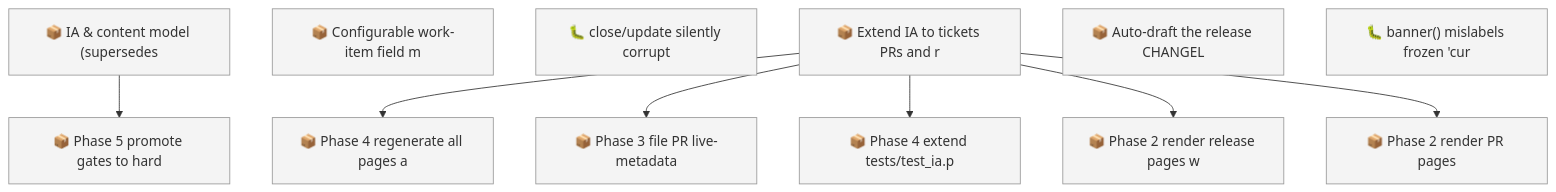
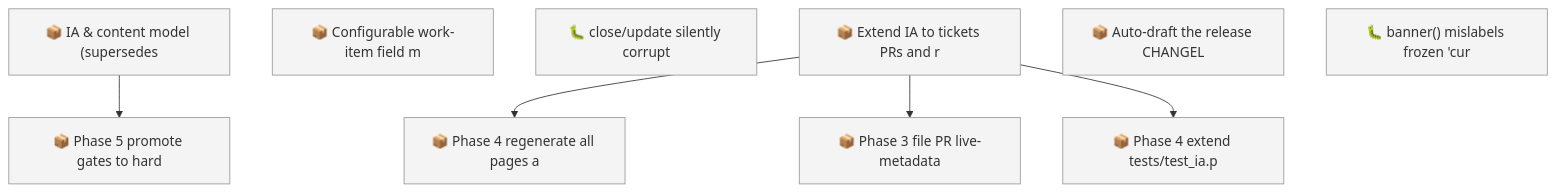
One commit to SpillwaveSolutions/wiki_ticket_sdd changed the first of 2 diagrams in docs/roadmap.md. Above: the diagram before and after it, drawn with Mermaid. The commit also changed other lines of this file and 41 other files, not shown here.

````diff
--- a/docs/roadmap.md
+++ b/docs/roadmap.md
@@ -72,23 +70,19 @@
 ```mermaid
 graph TD
     01KY5G9ZW0H2YMNWDFJYGRPYE5["📦 IA & content model (supersedes"]
     01KY5G9ZW0RABXWHEMEP1FAV2G["📦 Phase 5 promote gates to hard"]
     01KY5NE0ZYGBWG44N0KPEBFCZ8["📦 Configurable work-item field m"]
     01KYA99TVCGX79HFNHN1DVT7Y6["🐛 close/update silently corrupt"]
     01KYABYEQP8ANXGYPBCV2T20D8["📦 Extend IA to tickets PRs and r"]
     01KYABYEQPDS2VFQKQ7B6YXZVR["📦 Phase 4 regenerate all pages a"]
     01KYABYEQPF8N2K26ENRKREE0W["📦 Phase 3 file PR live-metadata"]
     01KYABYEQPNK7HHH5CMAR2V1JG["📦 Phase 4 extend tests/test_ia.p"]
-    01KYABYEQPP82DJEN19F43YRAE["📦 Phase 2 render release pages w"]
-    01KYABYEQPW8Q2RGGTNP71W88E["📦 Phase 2 render PR pages"]
     01KYAC0AC01R4C6W7YY1X8NVRV["📦 Auto-draft the release CHANGEL"]
     01KYACFJA0SQSF4C83BJZXB5MY["🐛 banner() mislabels frozen 'cur"]
     01KY5G9ZW0H2YMNWDFJYGRPYE5 --> 01KY5G9ZW0RABXWHEMEP1FAV2G
     01KYABYEQP8ANXGYPBCV2T20D8 --> 01KYABYEQPDS2VFQKQ7B6YXZVR
     01KYABYEQP8ANXGYPBCV2T20D8 --> 01KYABYEQPF8N2K26ENRKREE0W
     01KYABYEQP8ANXGYPBCV2T20D8 --> 01KYABYEQPNK7HHH5CMAR2V1JG
-    01KYABYEQP8ANXGYPBCV2T20D8 --> 01KYABYEQPP82DJEN19F43YRAE
-    01KYABYEQP8ANXGYPBCV2T20D8 --> 01KYABYEQPW8Q2RGGTNP71W88E
     classDef todo fill:#f4f4f4,stroke:#999999
-    class 01KY5G9ZW0H2YMNWDFJYGRPYE5,01KY5G9ZW0RABXWHEMEP1FAV2G,01KY5NE0ZYGBWG44N0KPEBFCZ8,01KYA99TVCGX79HFNHN1DVT7Y6,01KYABYEQP8ANXGYPBCV2T20D8,01KYABYEQPDS2VFQKQ7B6YXZVR,01KYABYEQPF8N2K26ENRKREE0W,01KYABYEQPNK7HHH5CMAR2V1JG,01KYABYEQPP82DJEN19F43YRAE,01KYABYEQPW8Q2RGGTNP71W88E,01KYAC0AC01R4C6W7YY1X8NVRV,01KYACFJA0SQSF4C83BJZXB5MY todo
+    class 01KY5G9ZW0H2YMNWDFJYGRPYE5,01KY5G9ZW0RABXWHEMEP1FAV2G,01KY5NE0ZYGBWG44N0KPEBFCZ8,01KYA99TVCGX79HFNHN1DVT7Y6,01KYABYEQP8ANXGYPBCV2T20D8,01KYABYEQPDS2VFQKQ7B6YXZVR,01KYABYEQPF8N2K26ENRKREE0W,01KYABYEQPNK7HHH5CMAR2V1JG,01KYAC0AC01R4C6W7YY1X8NVRV,01KYACFJA0SQSF4C83BJZXB5MY todo
 ```
````
